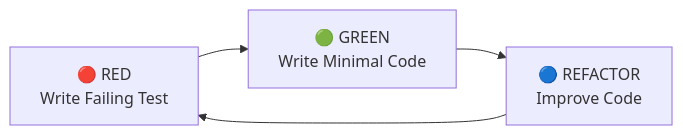
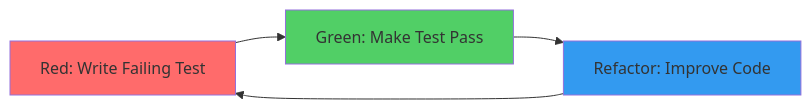
The first of 2 diagrams in docs-site/docs/glossary/terms/tdd.md (anton-abyzov/specweave), drawn with Mermaid before and after one commit. The commit also changed other lines of this file and 151 other files, not shown here.

````diff
--- a/docs-site/docs/glossary/terms/tdd.md
+++ b/docs-site/docs/glossary/terms/tdd.md
@@ -31,6 +11,10 @@
 ```mermaid
 graph LR
-    A[🔴 RED<br/>Write Failing Test] --> B[🟢 GREEN<br/>Write Minimal Code]
-    B --> C[🔵 REFACTOR<br/>Improve Code]
+    A[Red: Write Failing Test] --> B[Green: Make Test Pass]
+    B --> C[Refactor: Improve Code]
     C --> A
+
+    style A fill:#ff6b6b
+    style B fill:#51cf66
+    style C fill:#339af0
 ```
````
